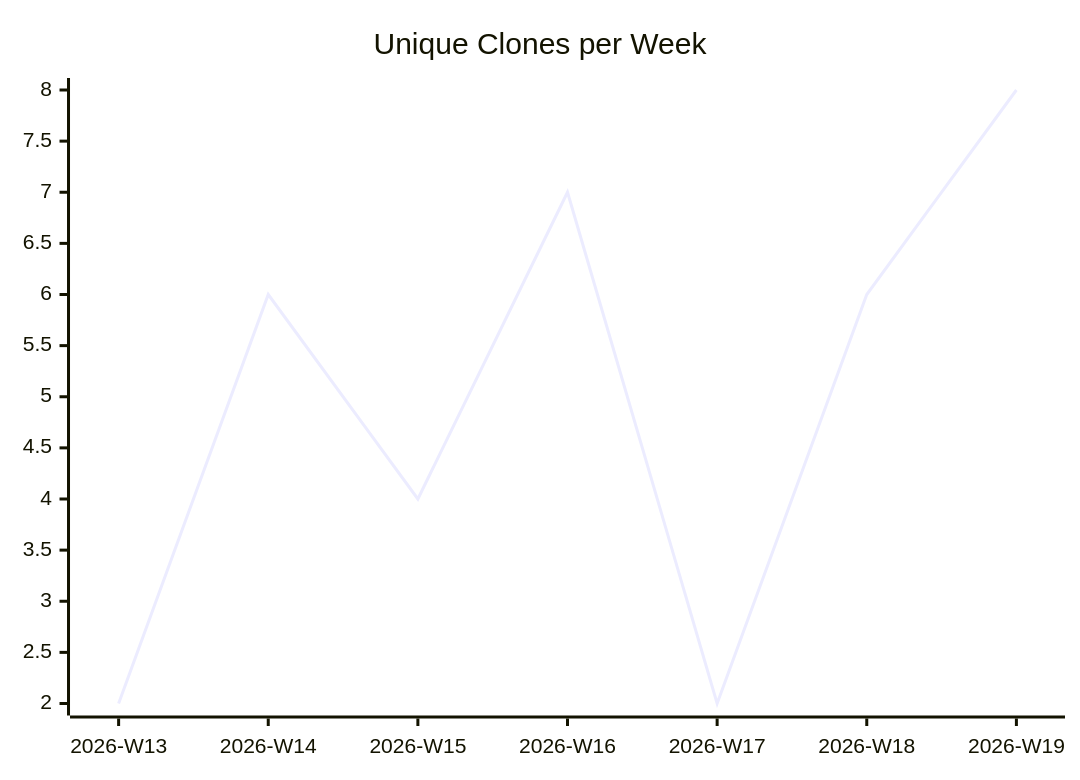
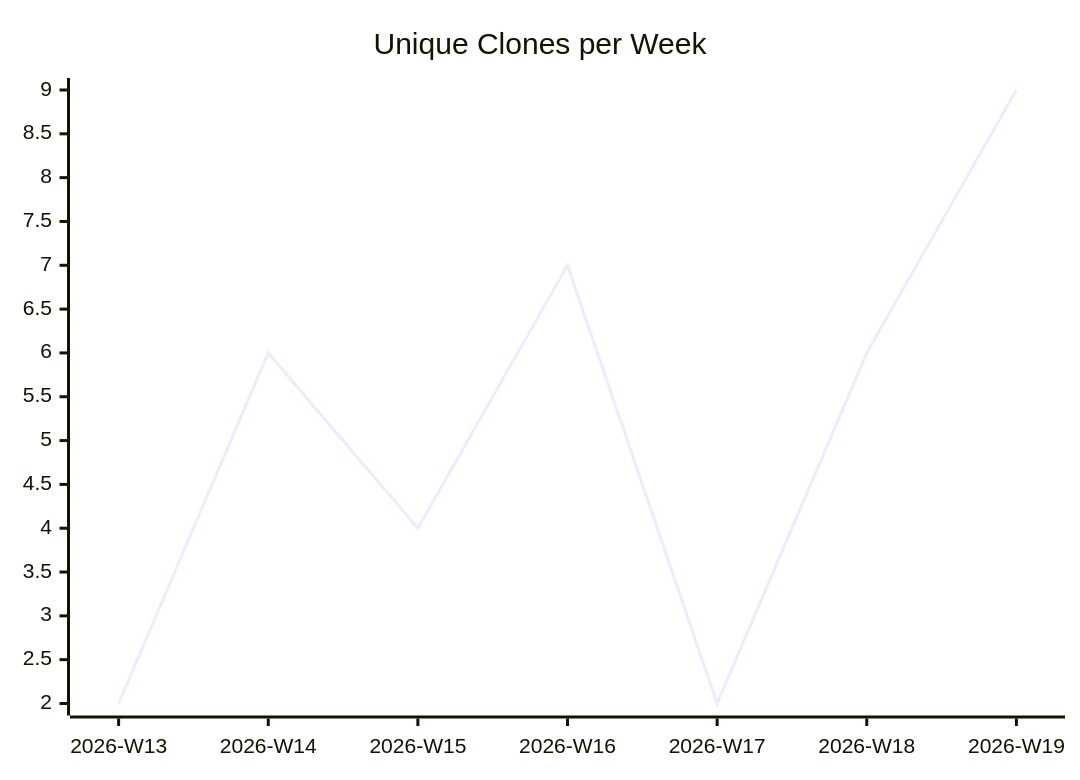
The third of 3 diagrams in karlmdavis/obsidian-operator/README.md (justdavis-family/github-analytics-data), drawn with Mermaid before and after one commit. The commit also changed other lines of this file and 185 other files, not shown here.

````diff
--- a/karlmdavis/obsidian-operator/README.md
+++ b/karlmdavis/obsidian-operator/README.md
@@ -19,6 +19,6 @@
 ```mermaid
 xychart-beta
   title "Unique Clones per Week"
   x-axis ["2026-W13", "2026-W14", "2026-W15", "2026-W16", "2026-W17", "2026-W18", "2026-W19"]
-  line [2, 6, 4, 7, 2, 6, 8]
+  line [2, 6, 4, 7, 2, 6, 9]
 ```
````
